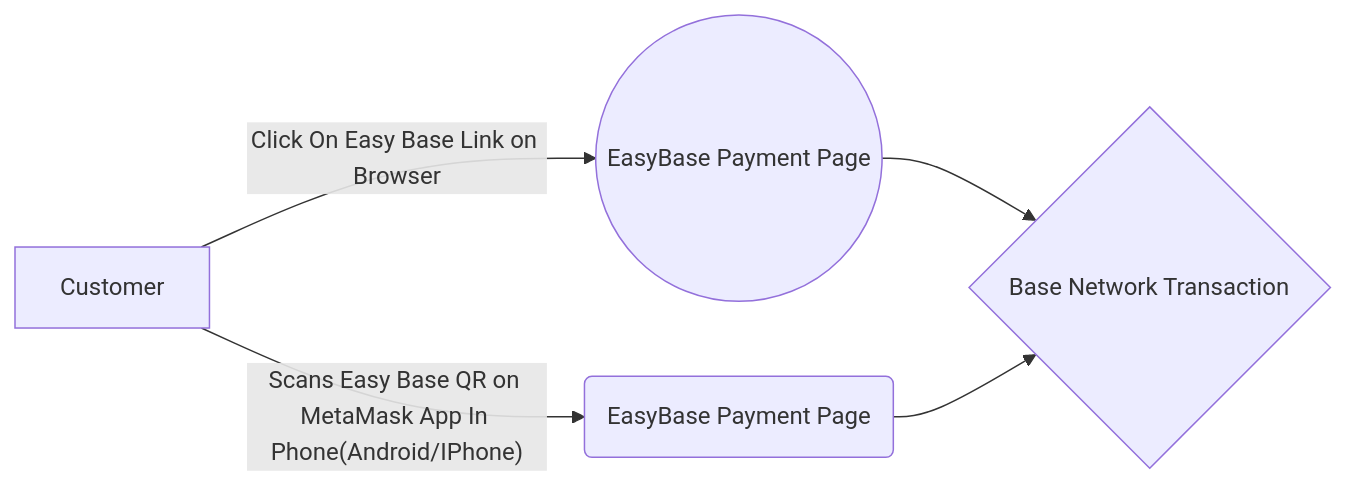
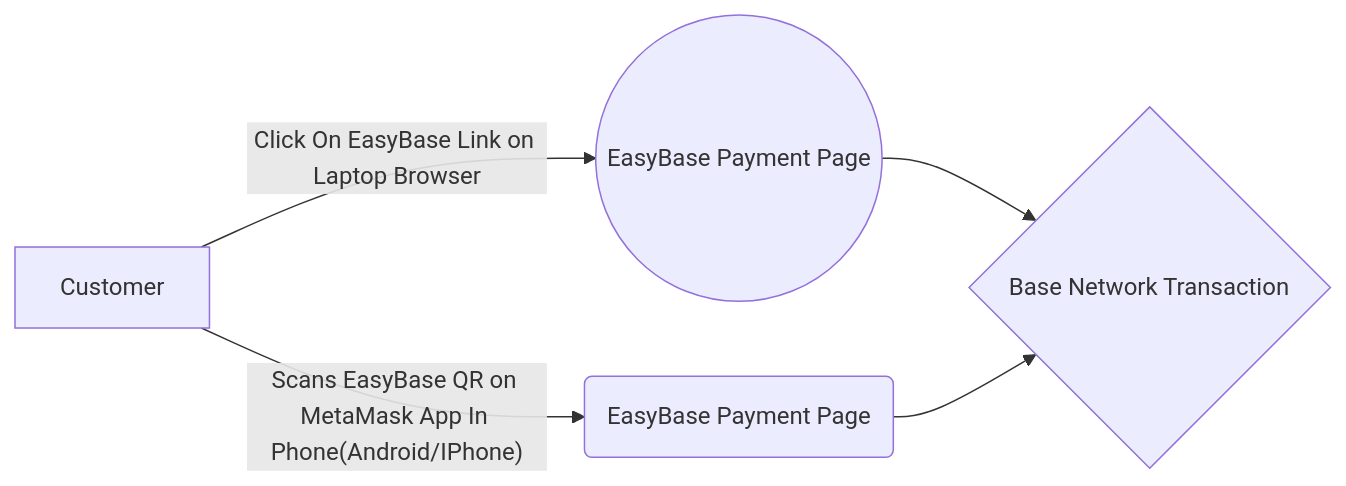
Before and after one commit to speedily/easyb: the second of 2 diagrams in README.md, drawn with Mermaid.

````diff
--- a/README.md
+++ b/README.md
@@ -53,7 +53,7 @@
 ```mermaid
 graph LR
-A[Customer] -- Click On Easy Base Link on Browser --> B((EasyBase Payment Page))
-A -- Scans Easy Base QR on MetaMask App In Phone(Android/IPhone) --> C(EasyBase Payment Page)
+A[Customer] -- Click On EasyBase Link on Laptop Browser --> B((EasyBase Payment Page))
+A -- Scans EasyBase QR on MetaMask App In Phone(Android/IPhone) --> C(EasyBase Payment Page)
 B --> D{Base Network Transaction}
 C --> D
 ```
````
